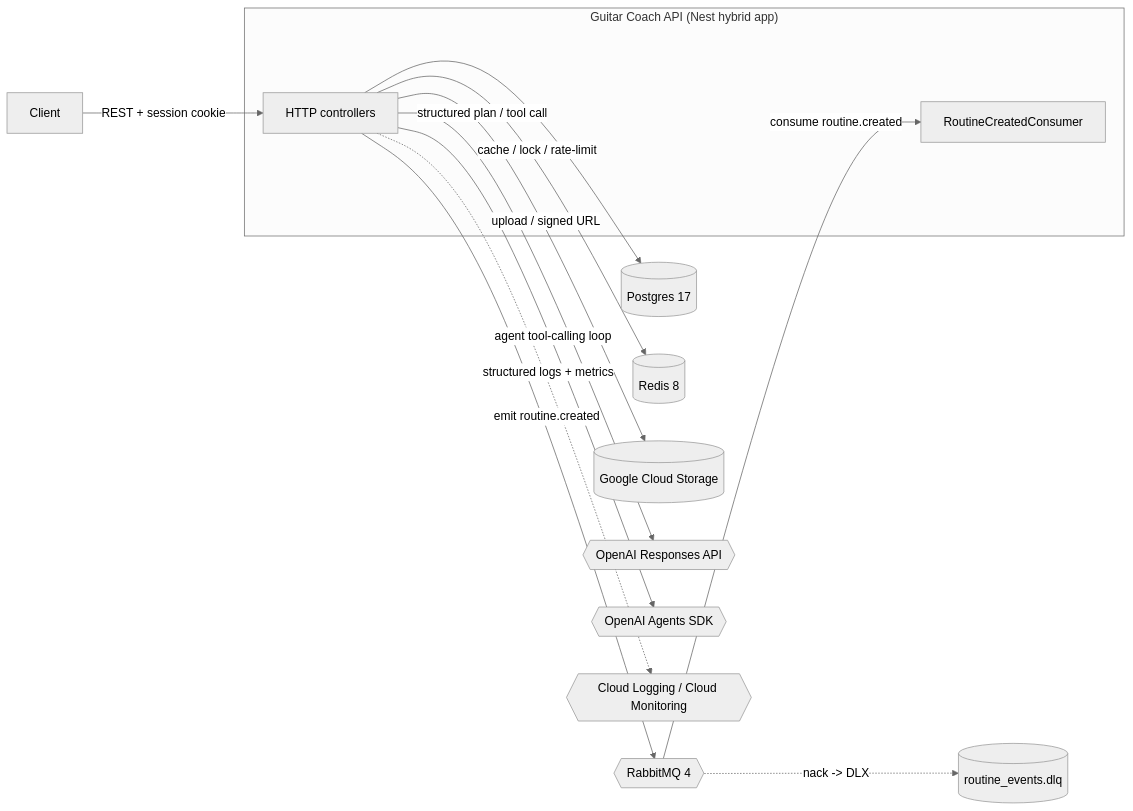
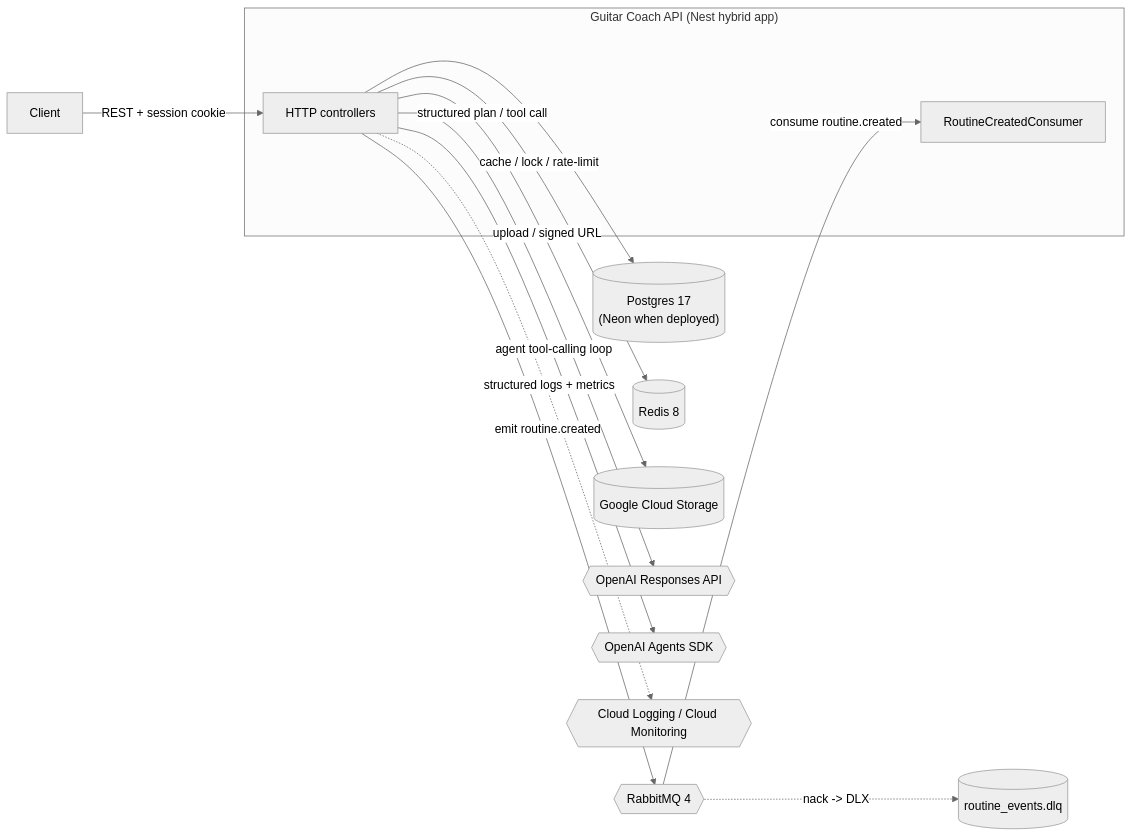
Before and after one commit to alecoelhodev/guitarcoach: the first of 2 diagrams in README.md, drawn with Mermaid (neutral theme). The commit also changed other lines of this file and 14 other files, not shown here.

First line of the commit message:
feat: add support for Neon serverless Postgres and update database connection handling

````diff
--- a/README.md
+++ b/README.md
@@ -79,20 +79,20 @@
 ```mermaid
 flowchart LR
     client[Client]
 
     subgraph api["Guitar Coach API (Nest hybrid app)"]
         http["HTTP controllers"]
         consumer["RoutineCreatedConsumer"]
     end
 
     client -->|"REST + session cookie"| http
-    http --> postgres[("Postgres 17")]
+    http --> postgres[("Postgres 17<br/>(Neon when deployed)")]
     http -->|"cache / lock / rate-limit"| redis[("Redis 8")]
     http -->|"emit routine.created"| rabbitmq{{"RabbitMQ 4"}}
     rabbitmq -->|"consume routine.created"| consumer
     rabbitmq -.->|"nack -> DLX"| dlq[("routine_events.dlq")]
     http -->|"upload / signed URL"| gcs[("Google Cloud Storage")]
     http -->|"structured plan / tool call"| openai{{"OpenAI Responses API"}}
     http -->|"agent tool-calling loop"| agents{{"OpenAI Agents SDK"}}
     http -.->|"structured logs + metrics"| observability{{"Cloud Logging / Cloud Monitoring"}}
 ```
````
